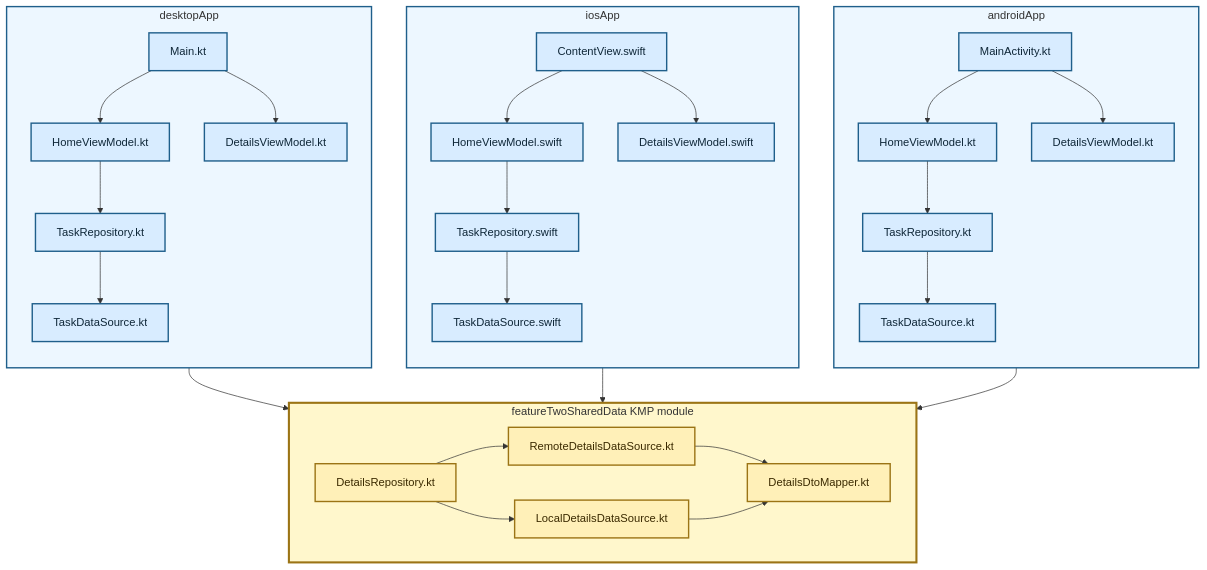
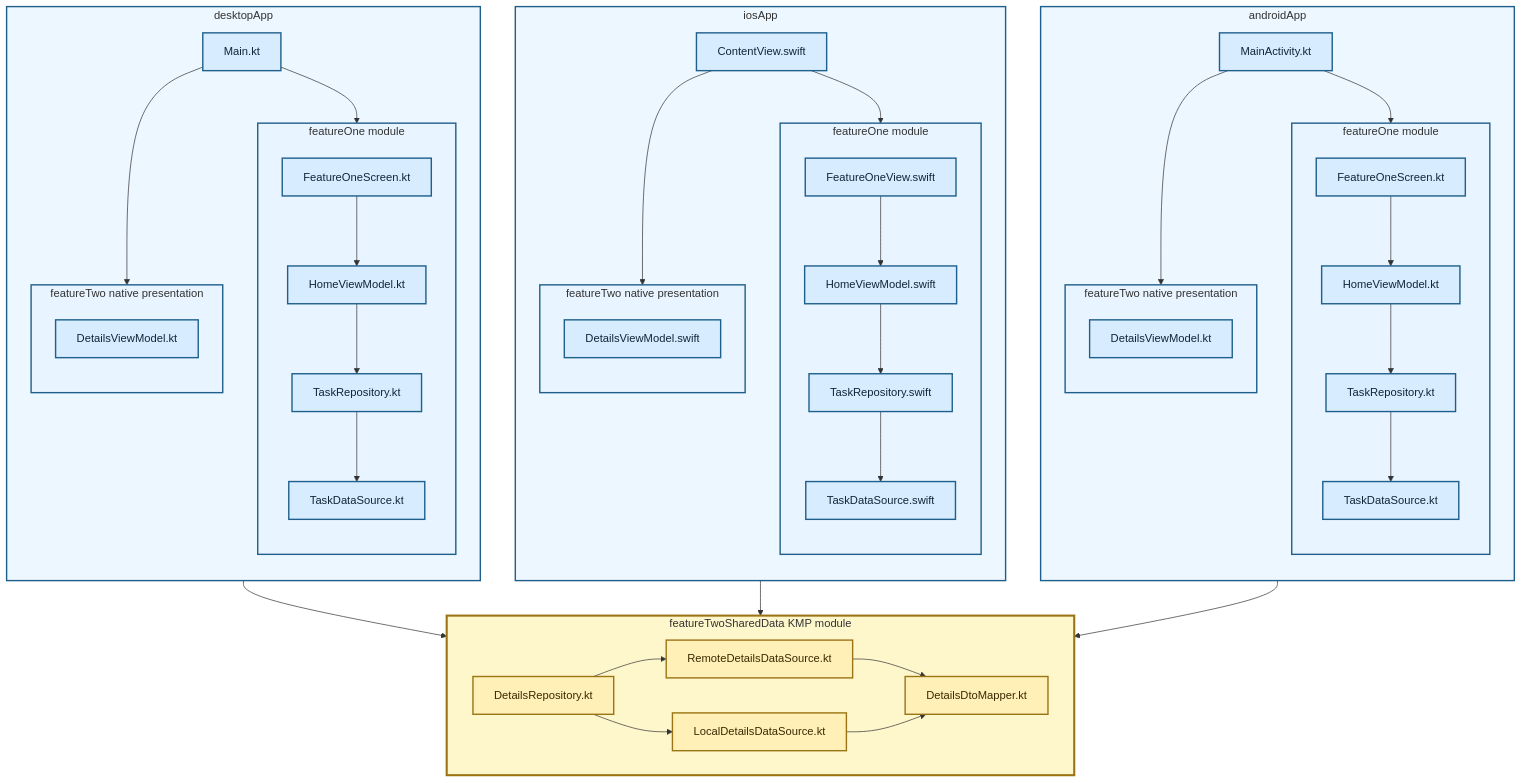
One commit to TheSetox/kmp-sample-diagrams changed the diagram in diagrams/10-modular-kmp-data-layer.md. Above: the diagram before and after it, drawn with Mermaid. The commit also changed 126 other files, not shown here.

Commit message:
sample: separate modular feature one slices

````diff
--- a/diagrams/10-modular-kmp-data-layer.md
+++ b/diagrams/10-modular-kmp-data-layer.md
@@ -7,33 +7,57 @@
   subgraph Android["androidApp"]
     direction TB
     AEntry["MainActivity.kt"]
-    AHomeVM["HomeViewModel.kt"]
-    ATaskRepository["TaskRepository.kt"]
-    ATaskDataSource["TaskDataSource.kt"]
-    ADetailsVM["DetailsViewModel.kt"]
-    AEntry --> AHomeVM --> ATaskRepository --> ATaskDataSource
+    subgraph AFeatureOne["featureOne module"]
+      direction TB
+      AHomeUI["FeatureOneScreen.kt"]
+      AHomeVM["HomeViewModel.kt"]
+      ATaskRepository["TaskRepository.kt"]
+      ATaskDataSource["TaskDataSource.kt"]
+      AHomeUI --> AHomeVM --> ATaskRepository --> ATaskDataSource
+    end
+    subgraph AFeatureTwo["featureTwo native presentation"]
+      direction TB
+      ADetailsVM["DetailsViewModel.kt"]
+    end
+    AEntry --> AHomeUI
     AEntry --> ADetailsVM
   end
 
   subgraph IOS["iosApp"]
     direction TB
     IEntry["ContentView.swift"]
-    IHomeVM["HomeViewModel.swift"]
-    ITaskRepository["TaskRepository.swift"]
-    ITaskDataSource["TaskDataSource.swift"]
-    IDetailsVM["DetailsViewModel.swift"]
-    IEntry --> IHomeVM --> ITaskRepository --> ITaskDataSource
+    subgraph IFeatureOne["featureOne module"]
+      direction TB
+      IHomeUI["FeatureOneView.swift"]
+      IHomeVM["HomeViewModel.swift"]
+      ITaskRepository["TaskRepository.swift"]
+      ITaskDataSource["TaskDataSource.swift"]
+      IHomeUI --> IHomeVM --> ITaskRepository --> ITaskDataSource
+    end
+    subgraph IFeatureTwo["featureTwo native presentation"]
+      direction TB
+      IDetailsVM["DetailsViewModel.swift"]
+    end
+    IEntry --> IHomeUI
     IEntry --> IDetailsVM
   end
 
   subgraph Desktop["desktopApp"]
     direction TB
     DEntry["Main.kt"]
-    DHomeVM["HomeViewModel.kt"]
-    DTaskRepository["TaskRepository.kt"]
-    DTaskDataSource["TaskDataSource.kt"]
-    DDetailsVM["DetailsViewModel.kt"]
-    DEntry --> DHomeVM --> DTaskRepository --> DTaskDataSource
+    subgraph DFeatureOne["featureOne module"]
+      direction TB
+      DHomeUI["FeatureOneScreen.kt"]
+      DHomeVM["HomeViewModel.kt"]
+      DTaskRepository["TaskRepository.kt"]
+      DTaskDataSource["TaskDataSource.kt"]
+      DHomeUI --> DHomeVM --> DTaskRepository --> DTaskDataSource
+    end
+    subgraph DFeatureTwo["featureTwo native presentation"]
+      direction TB
+      DDetailsVM["DetailsViewModel.kt"]
+    end
+    DEntry --> DHomeUI
     DEntry --> DDetailsVM
   end
 
@@ -55,10 +79,16 @@
 
   classDef app fill:#d8ecff,stroke:#1f5f8b,color:#0f2738,stroke-width:2px;
   classDef kmp fill:#fff0b8,stroke:#9b7415,color:#3b2a00,stroke-width:2px;
-  class AEntry,AHomeVM,ATaskRepository,ATaskDataSource,ADetailsVM,IEntry,IHomeVM,ITaskRepository,ITaskDataSource,IDetailsVM,DEntry,DHomeVM,DTaskRepository,DTaskDataSource,DDetailsVM app;
+  class AEntry,AHomeUI,AHomeVM,ATaskRepository,ATaskDataSource,ADetailsVM,IEntry,IHomeUI,IHomeVM,ITaskRepository,ITaskDataSource,IDetailsVM,DEntry,DHomeUI,DHomeVM,DTaskRepository,DTaskDataSource,DDetailsVM app;
   class Repository,Remote,Cache,Mapper kmp;
   style Android fill:#edf7ff,stroke:#1f5f8b,stroke-width:2px
   style IOS fill:#edf7ff,stroke:#1f5f8b,stroke-width:2px
   style Desktop fill:#edf7ff,stroke:#1f5f8b,stroke-width:2px
+  style AFeatureOne fill:#e8f4ff,stroke:#1f5f8b,stroke-width:2px
+  style AFeatureTwo fill:#e8f4ff,stroke:#1f5f8b,stroke-width:2px
+  style IFeatureOne fill:#e8f4ff,stroke:#1f5f8b,stroke-width:2px
+  style IFeatureTwo fill:#e8f4ff,stroke:#1f5f8b,stroke-width:2px
+  style DFeatureOne fill:#e8f4ff,stroke:#1f5f8b,stroke-width:2px
+  style DFeatureTwo fill:#e8f4ff,stroke:#1f5f8b,stroke-width:2px
   style KMP fill:#fff7cc,stroke:#9b7415,stroke-width:3px
 ```
````
